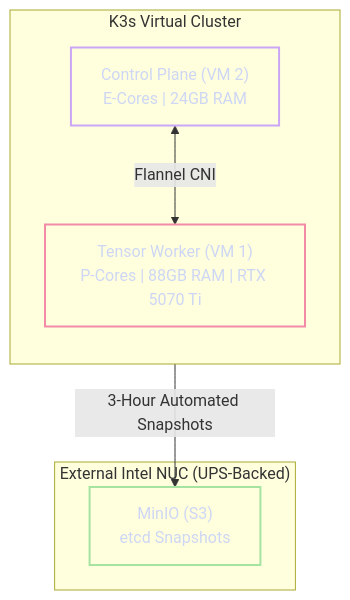
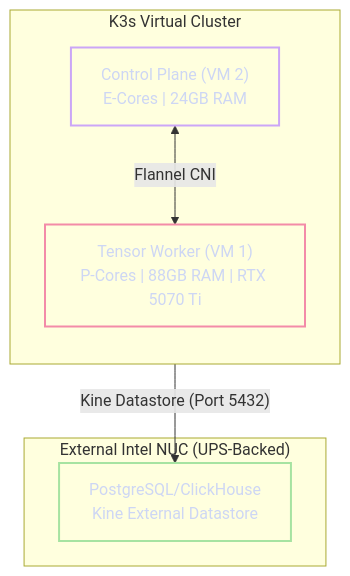
The diagram in docs/04. Virtualization & Kubernetes (Talos + K3s).md (foersben/janus-synapse-edge), drawn with Mermaid before and after one commit. The commit also changed other lines of this file and 19 other files, not shown here.

````diff
--- a/docs/04. Virtualization & Kubernetes (Talos + K3s).md
+++ b/docs/04. Virtualization & Kubernetes (Talos + K3s).md
@@ -82,21 +83,21 @@
 ```mermaid
 flowchart TD
     %% Kubernetes Cluster Topology
     classDef control fill:transparent,stroke:#cba6f7,stroke-width:2px,color:#cdd6f4
     classDef tensor fill:transparent,stroke:#f38ba8,stroke-width:2px,color:#cdd6f4
     classDef ext fill:transparent,stroke:#a6e3a1,stroke-width:2px,color:#cdd6f4
 
     subgraph K3s_Cluster["K3s Virtual Cluster"]
         direction TB
         CP["Control Plane (VM 2)<br/>E-Cores | 24GB RAM"]:::control
         Worker["Tensor Worker (VM 1)<br/>P-Cores | 88GB RAM | RTX 5070 Ti"]:::tensor
 
         CP <-->|"Flannel CNI"| Worker
     end
 
     subgraph External_NUC["External Intel NUC (UPS-Backed)"]
-        MinIO["MinIO (S3)<br/>etcd Snapshots"]:::ext
+        DB["PostgreSQL/ClickHouse<br/>Kine External Datastore"]:::ext
     end
 
-    CP -- "3-Hour Automated Snapshots" --> MinIO
+    CP -- "Kine Datastore (Port 5432)" --> DB
 ```
````
